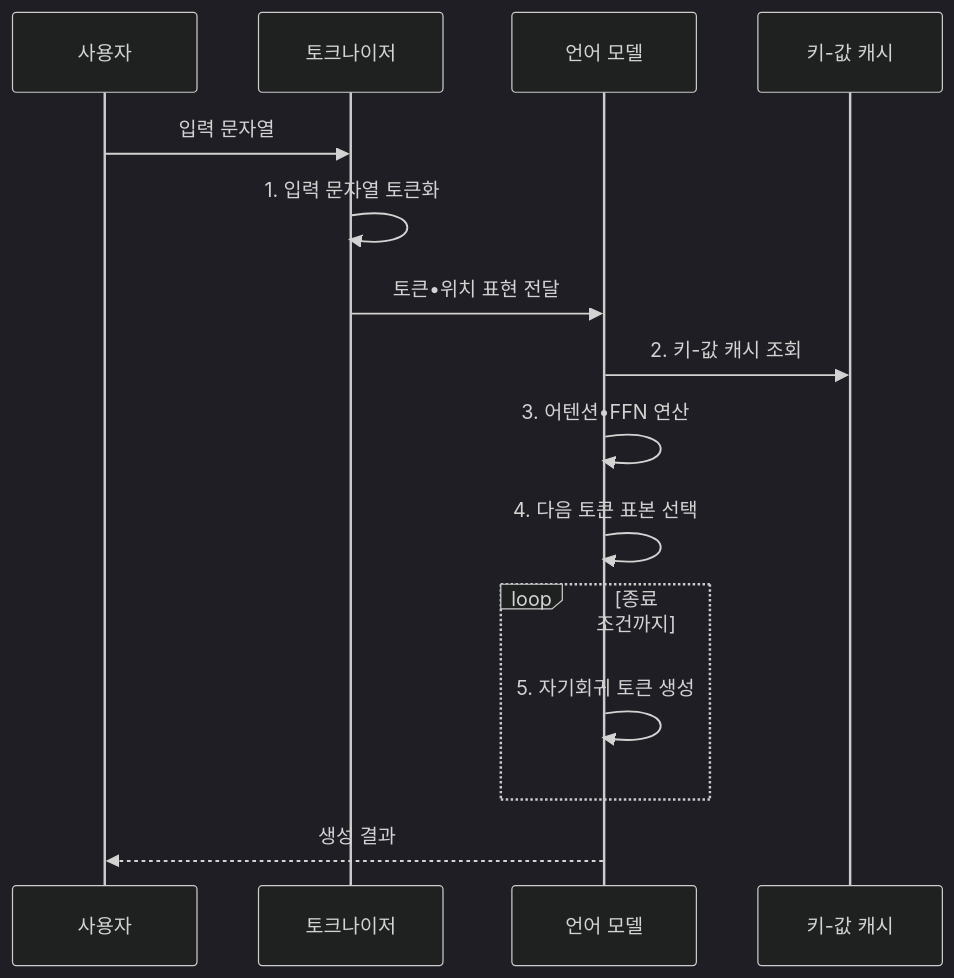
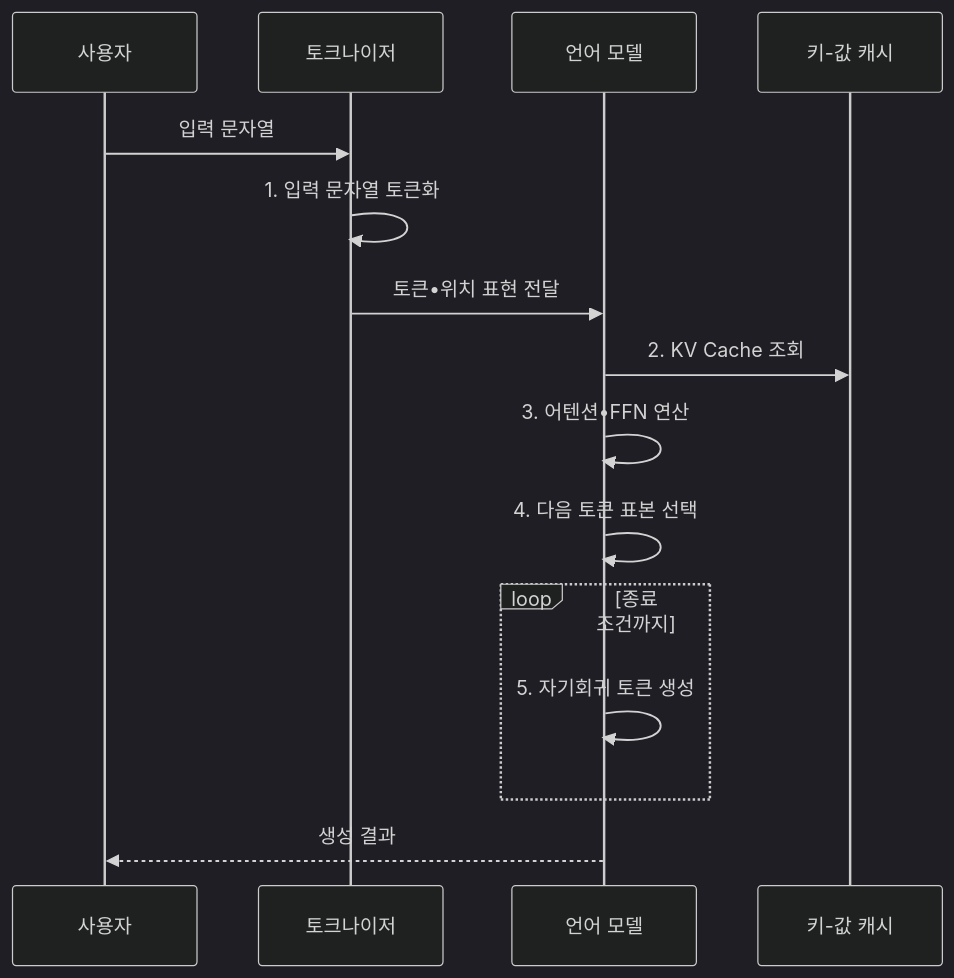
One commit to agnusdei1207/knowledge-base changed the second of 2 diagrams in src/content/docs/notes/08-latest-tech/024_large_language_model.md. Above: the diagram before and after it, drawn with Mermaid (dark theme). The commit also changed other lines of this file and 20 other files, not shown here.

````diff
--- a/src/content/docs/notes/08-latest-tech/024_large_language_model.md
+++ b/src/content/docs/notes/08-latest-tech/024_large_language_model.md
@@ -101,17 +101,17 @@
 ```mermaid
 sequenceDiagram
     participant U as 사용자
     participant T as 토크나이저
     participant M as 언어 모델
     participant K as 키-값 캐시
     U->>T: 입력 문자열
     T->>T: 1. 입력 문자열 토큰화
     T->>M: 토큰•위치 표현 전달
-    M->>K: 2. 키-값 캐시 조회
+    M->>K: 2. KV Cache 조회
     M->>M: 3. 어텐션•FFN 연산
     M->>M: 4. 다음 토큰 표본 선택
     loop 종료 조건까지
         M->>M: 5. 자기회귀 토큰 생성
     end
     M-->>U: 생성 결과
 ```
````
